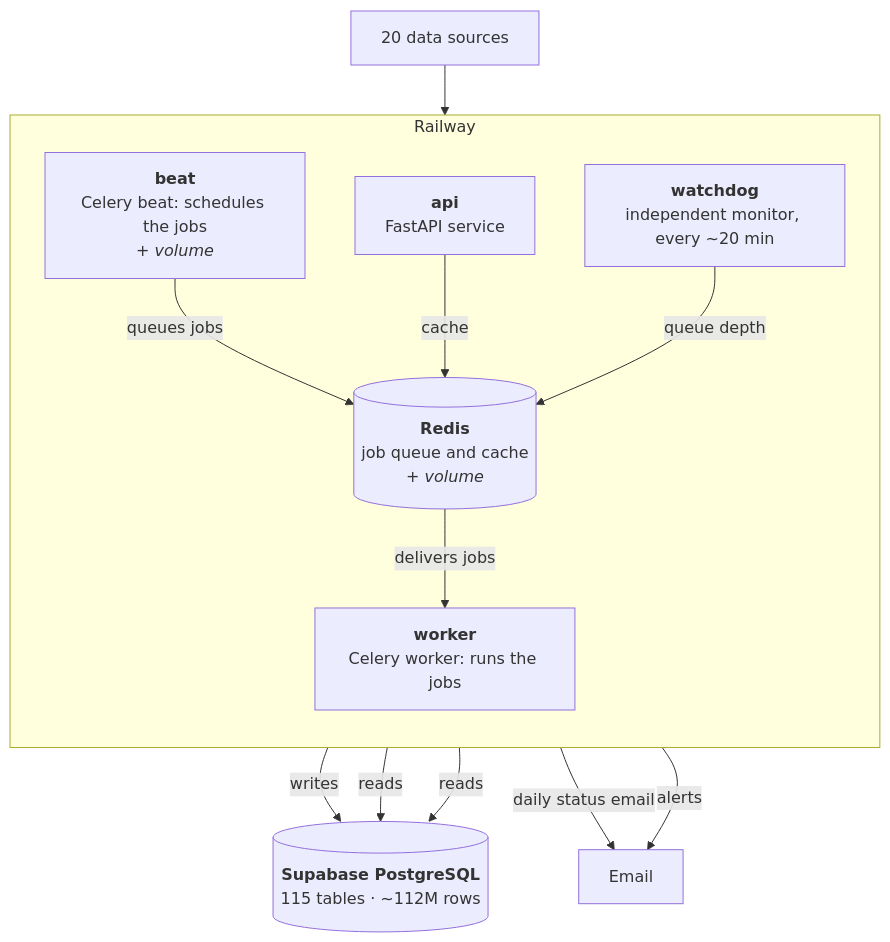
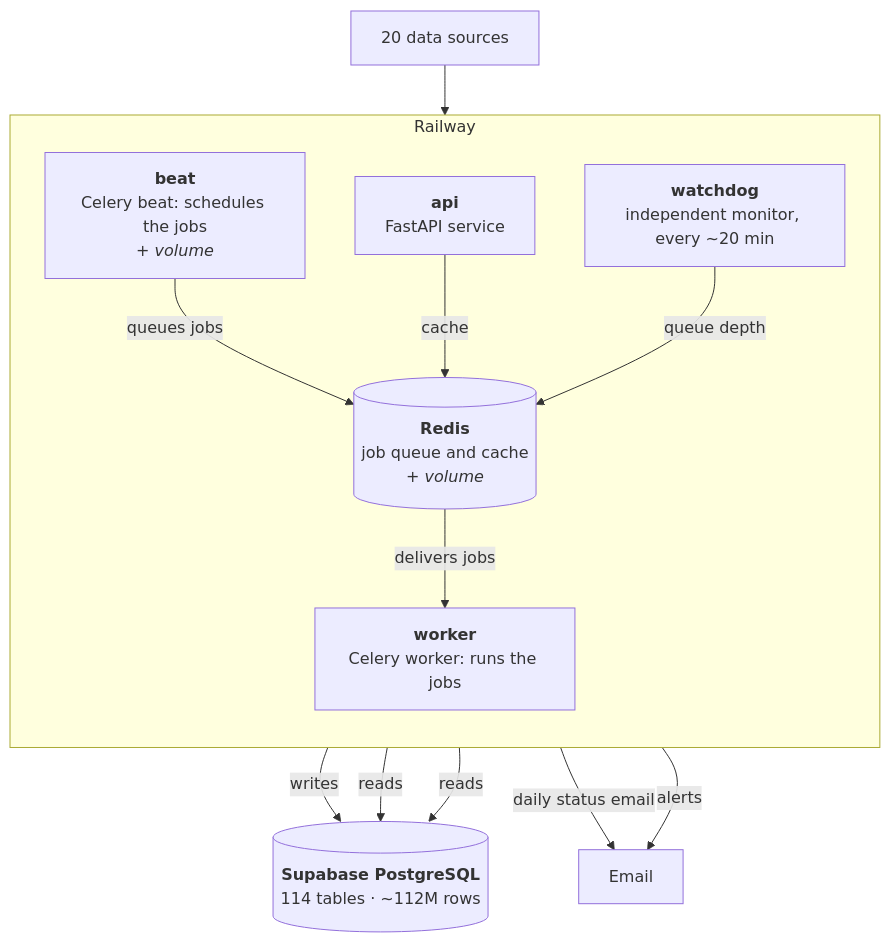
One commit to AnshArora04/arora_data changed the second of 3 diagrams in README.md. Above: the diagram before and after it, drawn with Mermaid. The commit also changed other lines of this file and 5 other files, not shown here.

````diff
--- a/README.md
+++ b/README.md
@@ -49,25 +49,25 @@
 ```mermaid
 flowchart TB
   SRC["20 data sources"]
   subgraph RW["Railway"]
     direction TB
     beat["<b>beat</b><br/>Celery beat: schedules the jobs<br/><i>+ volume</i>"]
     api["<b>api</b><br/>FastAPI service"]
     watchdog["<b>watchdog</b><br/>independent monitor, every ~20 min"]
     redis[("<b>Redis</b><br/>job queue and cache<br/><i>+ volume</i>")]
     worker["<b>worker</b><br/>Celery worker: runs the jobs"]
   end
-  DB[("<b>Supabase PostgreSQL</b><br/>115 tables · ~112M rows")]
+  DB[("<b>Supabase PostgreSQL</b><br/>114 tables · ~112M rows")]
   MAIL["Email"]
 
   SRC --> worker
   beat -- "queues jobs" --> redis
   api -- "cache" --> redis
   watchdog -- "queue depth" --> redis
   redis -- "delivers jobs" --> worker
   worker -- "writes" --> DB
   api -- "reads" --> DB
   watchdog -- "reads" --> DB
   worker -- "daily status email" --> MAIL
   watchdog -- "alerts" --> MAIL
 ```
````
